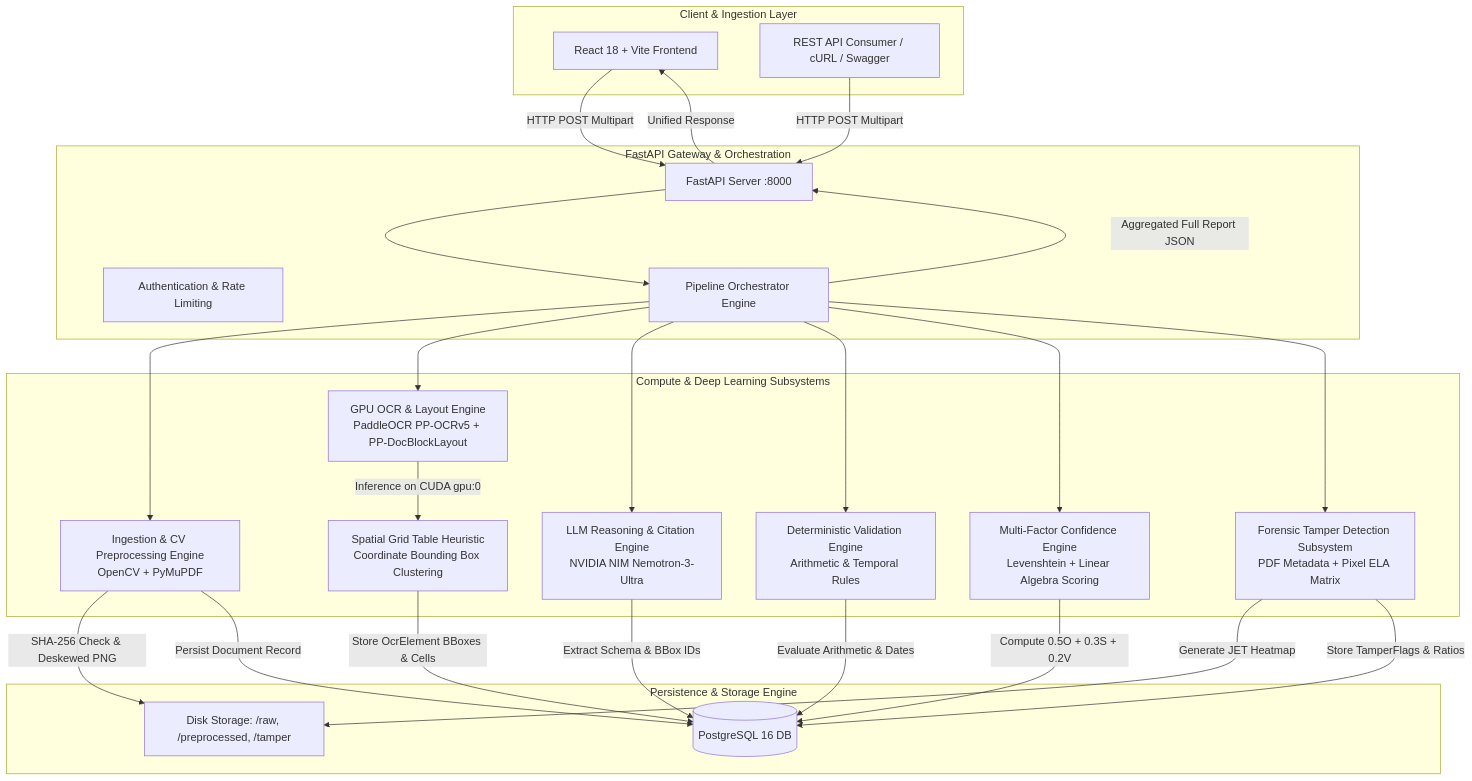
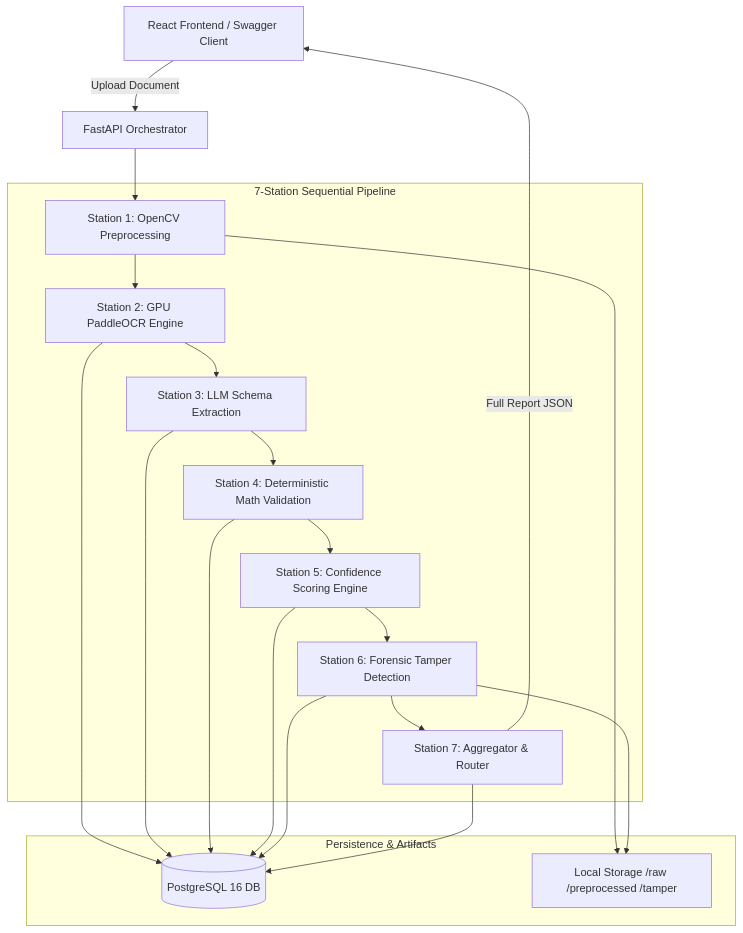
The first of 2 diagrams in HOW_IT_WORKS_EASY_GUIDE.md (Kartikeya-guthub/Document-Intellignece), drawn with Mermaid before and after one commit. The commit also changed other lines of this file, not shown here.

Commit message:
docs: enrich HOW_IT_WORKS_EASY_GUIDE.md with complete architecture diagrams and technical details

````diff
--- a/HOW_IT_WORKS_EASY_GUIDE.md
+++ b/HOW_IT_WORKS_EASY_GUIDE.md
@@ -11,56 +75,36 @@
 ```mermaid
 graph TD
-    subgraph ClientLayer [Client & Ingestion Layer]
-        A1[React 18 + Vite Frontend]
-        A2[REST API Consumer / cURL / Swagger]
+    Client[React Frontend / Swagger Client] -->|Upload Document| API[FastAPI Orchestrator]
+    
+    subgraph Storage [Persistence & Artifacts]
+        DB[(PostgreSQL 16 DB)]
+        Disk[Local Storage /raw /preprocessed /tamper]
     end
 
-    subgraph APILayer [FastAPI Gateway & Orchestration]
-        B1[FastAPI Server :8000]
-        B2[Authentication & Rate Limiting]
-        B3[Pipeline Orchestrator Engine]
+    subgraph Pipeline [7-Station Sequential Pipeline]
+        S1[Station 1: OpenCV Preprocessing]
+        S2[Station 2: GPU PaddleOCR Engine]
+        S3[Station 3: LLM Schema Extraction]
+        S4[Station 4: Deterministic Math Validation]
+        S5[Station 5: Confidence Scoring Engine]
+        S6[Station 6: Forensic Tamper Detection]
+        S7[Station 7: Aggregator & Router]
     end
 
-    subgraph StorageLayer [Persistence & Storage Engine]
-        C1[(PostgreSQL 16 DB)]
-        C2[Disk Storage: /raw, /preprocessed, /tamper]
-    end
-
-    subgraph ComputeEngines [Compute & Deep Learning Subsystems]
-        D1[Ingestion & CV Preprocessing Engine<br/>OpenCV + PyMuPDF]
-        D2[GPU OCR & Layout Engine<br/>PaddleOCR PP-OCRv5 + PP-DocBlockLayout]
-        D3[Spatial Grid Table Heuristic<br/>Coordinate Bounding Box Clustering]
-        D4[LLM Reasoning & Citation Engine<br/>NVIDIA NIM Nemotron-3-Ultra]
-        D5[Deterministic Validation Engine<br/>Arithmetic & Temporal Rules]
-        D6[Multi-Factor Confidence Engine<br/>Levenshtein + Linear Algebra Scoring]
-        D7[Forensic Tamper Detection Subsystem<br/>PDF Metadata + Pixel ELA Matrix]
-    end
-
-    A1 -->|HTTP POST Multipart| B1
-    A2 -->|HTTP POST Multipart| B1
-    B1 --> B3
-
-    B3 --> D1
-    D1 -->|SHA-256 Check & Deskewed PNG| C2
-    D1 -->|Persist Document Record| C1
-
-    B3 --> D2
-    D2 -->|Inference on CUDA gpu:0| D3
-    D3 -->|Store OcrElement BBoxes & Cells| C1
-
-    B3 --> D4
-    D4 -->|Extract Schema & BBox IDs| C1
-
-    B3 --> D5
-    D5 -->|Evaluate Arithmetic & Dates| C1
-
-    B3 --> D6
-    D6 -->|Compute 0.5O + 0.3S + 0.2V| C1
-
-    B3 --> D7
-    D7 -->|Generate JET Heatmap| C2
-    D7 -->|Store TamperFlags & Ratios| C1
-
-    B3 -->|Aggregated Full Report JSON| B1
-    B1 -->|Unified Response| A1
+    API --> S1
+    S1 --> Disk
+    S1 --> S2
+    S2 --> DB
+    S2 --> S3
+    S3 --> DB
+    S3 --> S4
+    S4 --> DB
+    S4 --> S5
+    S5 --> DB
+    S5 --> S6
+    S6 --> Disk
+    S6 --> DB
+    S6 --> S7
+    S7 --> DB
+    S7 -->|Full Report JSON| Client
 ```
````
